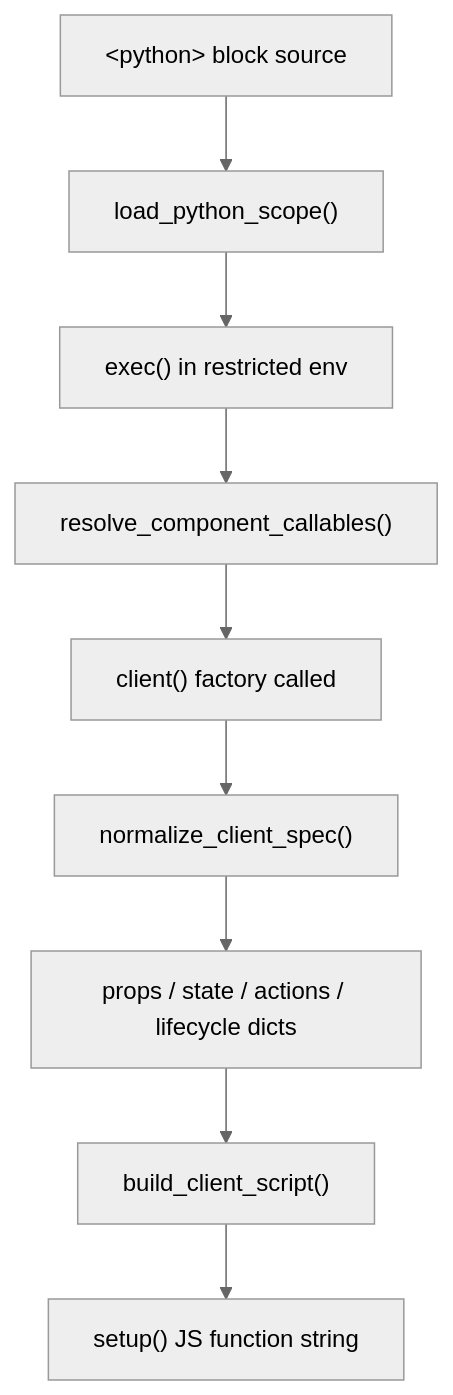
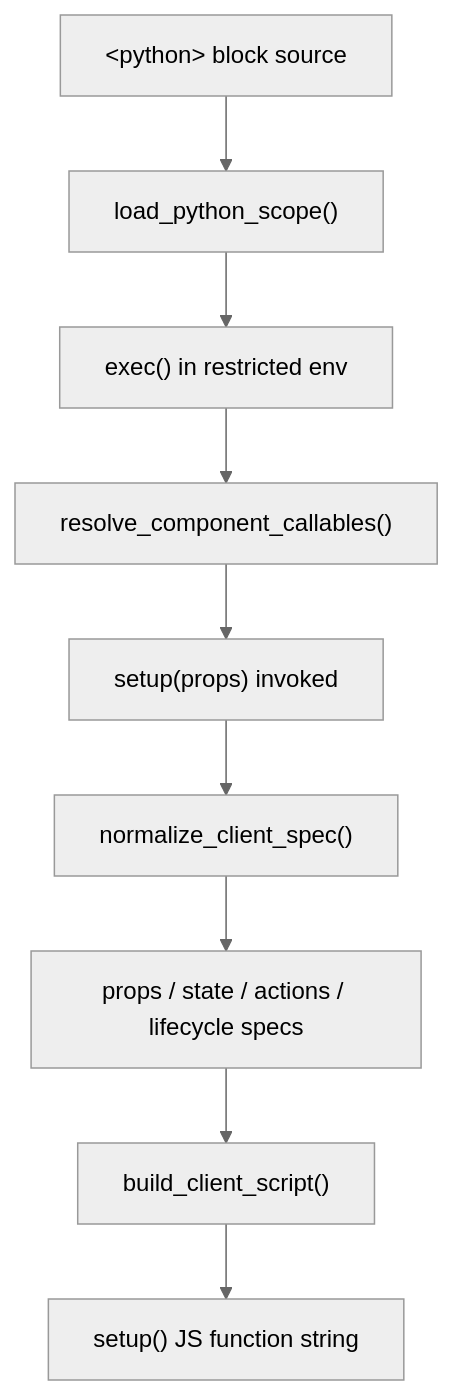
Before and after one commit to roderiano/lua-spa: the first of 2 diagrams in docs/docs/advanced/code-generator.md, drawn with Mermaid (neutral theme). The commit also changed other lines of this file and 49 other files, not shown here.

````diff
--- a/docs/docs/advanced/code-generator.md
+++ b/docs/docs/advanced/code-generator.md
@@ -14,11 +14,11 @@
 ```mermaid
 flowchart TD
     A["&lt;python&gt; block source"] --> B["load_python_scope()"]
     B --> C["exec() in restricted env"]
     C --> D["resolve_component_callables()"]
-    D --> E["client() factory called"]
+    D --> E["setup(props) invoked"]
     E --> F["normalize_client_spec()"]
-    F --> G["props / state / actions / lifecycle dicts"]
+    F --> G["props / state / actions / lifecycle specs"]
     G --> H["build_client_script()"]
     H --> I["setup() JS function string"]
 ```
````
